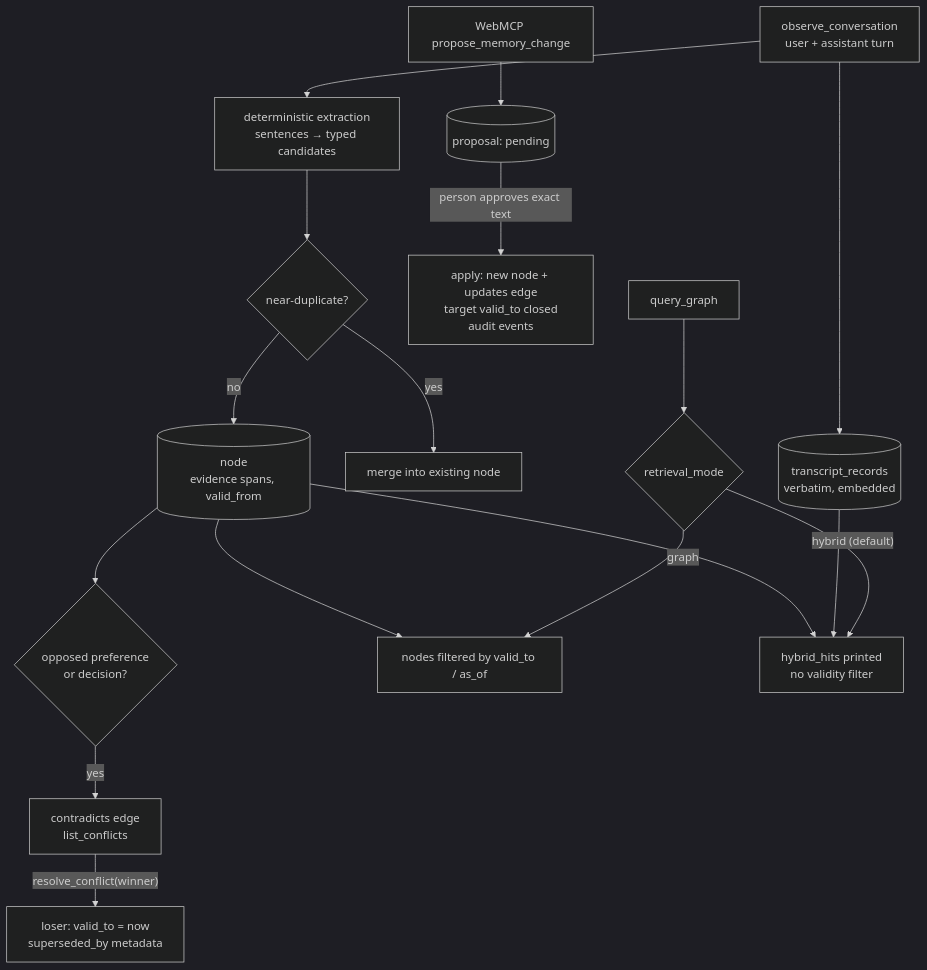
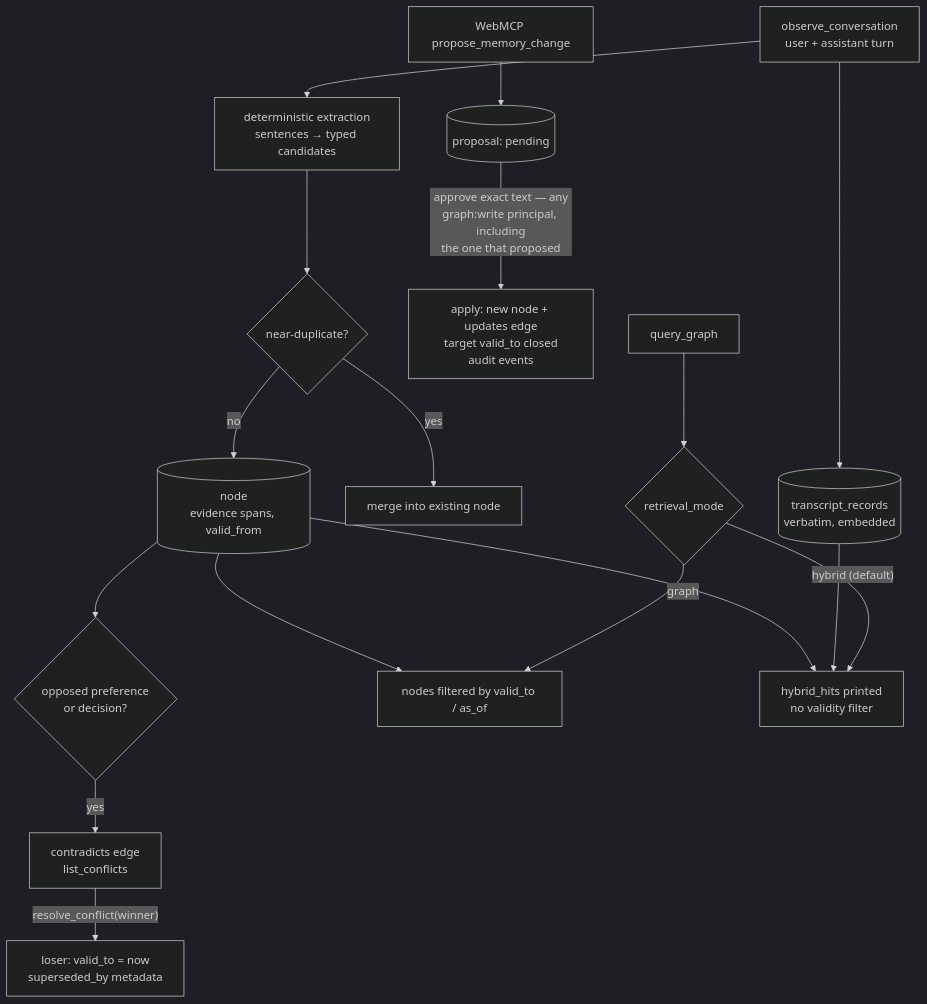
One commit to neoneye/agent-memory-atlas changed the diagram in content/systems/waggle.md. Above: the diagram before and after it, drawn with Mermaid (dark theme). The commit also changed other lines of this file and 15 other files, not shown here.

First line of the commit message:
Waggle re-pinned at 4d49f2f: propose, review and apply all demand graph:write, so human_review is withdrawn

````diff
--- a/content/systems/waggle.md
+++ b/content/systems/waggle.md
@@ -94,20 +102,20 @@
 ```mermaid
 %% caption: a turn becomes nodes with evidence; corrections supersede through two routes, and only graph-mode reads honour validity
 flowchart TB
     TURN["observe_conversation<br/>user + assistant turn"] --> TX[("transcript_records<br/>verbatim, embedded")]
     TURN --> EXT["deterministic extraction<br/>sentences → typed candidates"]
     EXT --> DEDUP{"near-duplicate?"}
     DEDUP -->|"yes"| MERGE["merge into existing node"]
     DEDUP -->|"no"| NODE[("node<br/>evidence spans, valid_from")]
     NODE --> CONF{"opposed preference<br/>or decision?"}
     CONF -->|"yes"| CE["contradicts edge<br/>list_conflicts"]
     CE -->|"resolve_conflict(winner)"| CLOSE["loser: valid_to = now<br/>superseded_by metadata"]
     PROP["WebMCP propose_memory_change"] --> PEND[("proposal: pending")]
-    PEND -->|"person approves exact text"| APPLY["apply: new node + updates edge<br/>target valid_to closed<br/>audit events"]
+    PEND -->|"approve exact text — any<br/>graph:write principal, including<br/>the one that proposed"| APPLY["apply: new node + updates edge<br/>target valid_to closed<br/>audit events"]
     Q["query_graph"] --> MODE{"retrieval_mode"}
     MODE -->|"graph"| GRES["nodes filtered by valid_to / as_of"]
     MODE -->|"hybrid (default)"| HHITS["hybrid_hits printed<br/>no validity filter"]
     TX --> HHITS
     NODE --> HHITS
     NODE --> GRES
 ```
````
